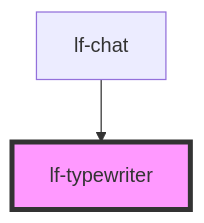
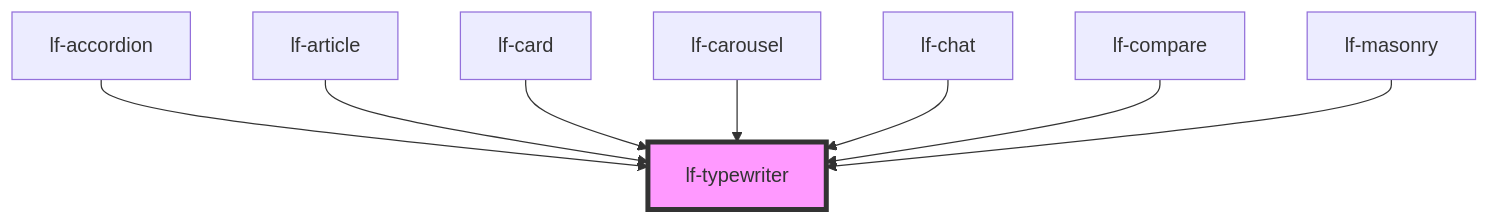
Before and after one commit to lucafoscili/lf-widgets: the diagram in packages/core/src/components/lf-typewriter/readme.md, drawn with Mermaid. The commit also changed other lines of this file and 31 other files, not shown here.

````diff
--- a/packages/core/src/components/lf-typewriter/readme.md
+++ b/packages/core/src/components/lf-typewriter/readme.md
@@ -108,5 +114,11 @@
 ```mermaid
 graph TD;
+  lf-accordion --> lf-typewriter
+  lf-article --> lf-typewriter
+  lf-card --> lf-typewriter
+  lf-carousel --> lf-typewriter
   lf-chat --> lf-typewriter
+  lf-compare --> lf-typewriter
+  lf-masonry --> lf-typewriter
   style lf-typewriter fill:#f9f,stroke:#333,stroke-width:4px
 ```
````
